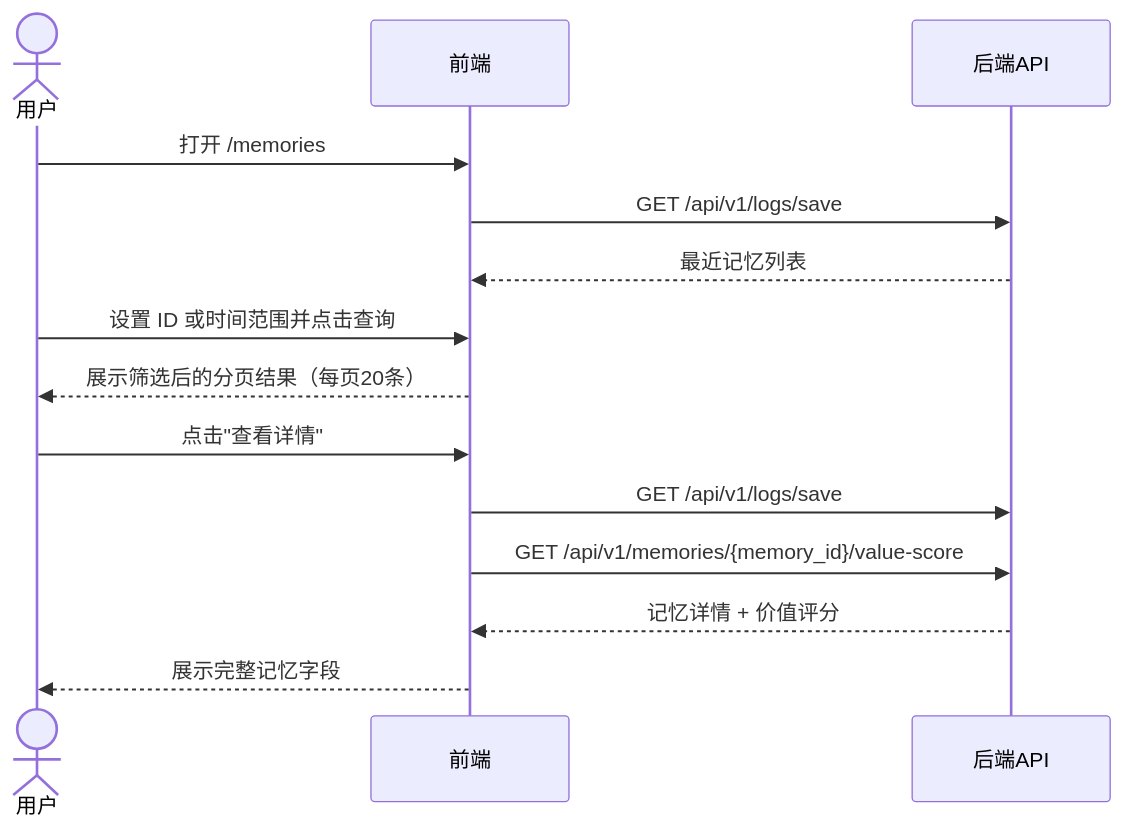
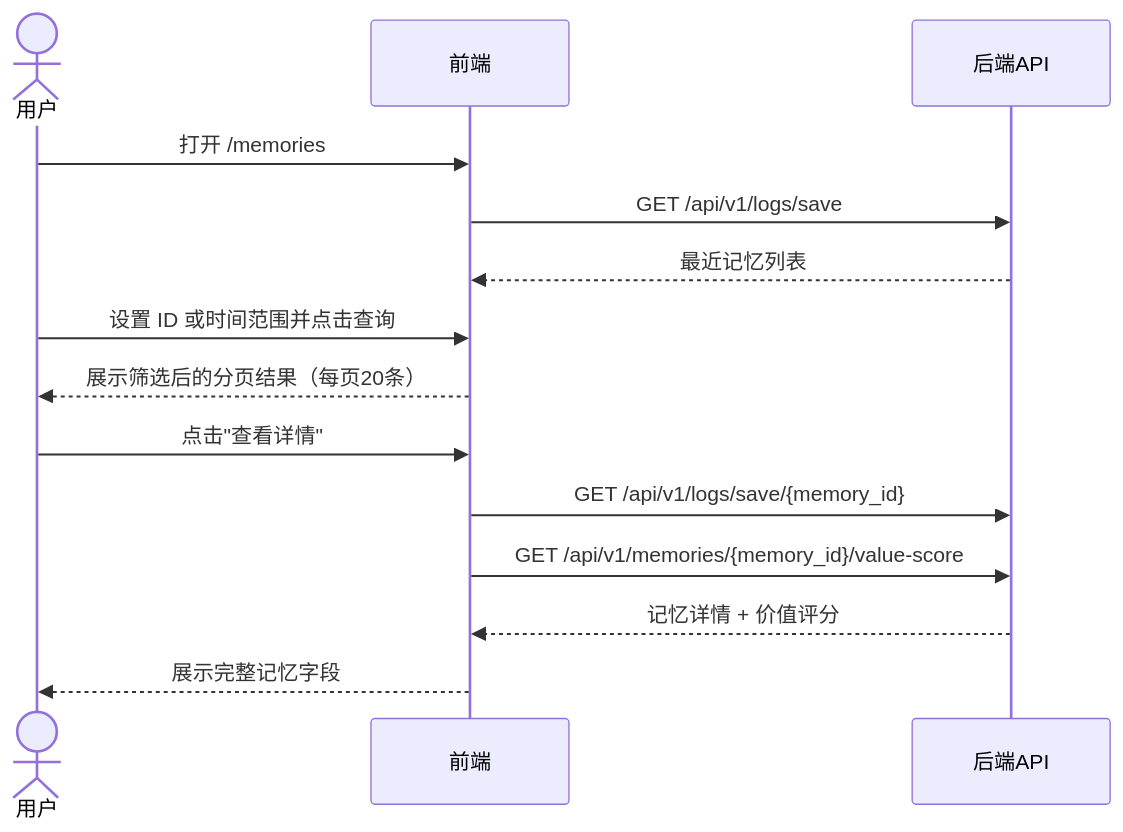
Before and after one commit to SevenLv/air_memory: the second of 4 diagrams in doc/user_guide.md, drawn with Mermaid. The commit also changed 10 other files, not shown here.

````diff
--- a/doc/user_guide.md
+++ b/doc/user_guide.md
@@ -92,17 +92,17 @@
 ```mermaid
 sequenceDiagram
     actor 用户
     participant 前端
     participant 后端API
 
     用户->>前端: 打开 /memories
     前端->>后端API: GET /api/v1/logs/save
     后端API-->>前端: 最近记忆列表
     用户->>前端: 设置 ID 或时间范围并点击查询
     前端-->>用户: 展示筛选后的分页结果（每页20条）
     用户->>前端: 点击"查看详情"
-    前端->>后端API: GET /api/v1/logs/save
+    前端->>后端API: GET /api/v1/logs/save/{memory_id}
     前端->>后端API: GET /api/v1/memories/{memory_id}/value-score
     后端API-->>前端: 记忆详情 + 价值评分
     前端-->>用户: 展示完整记忆字段
 ```
````
